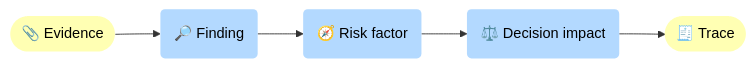
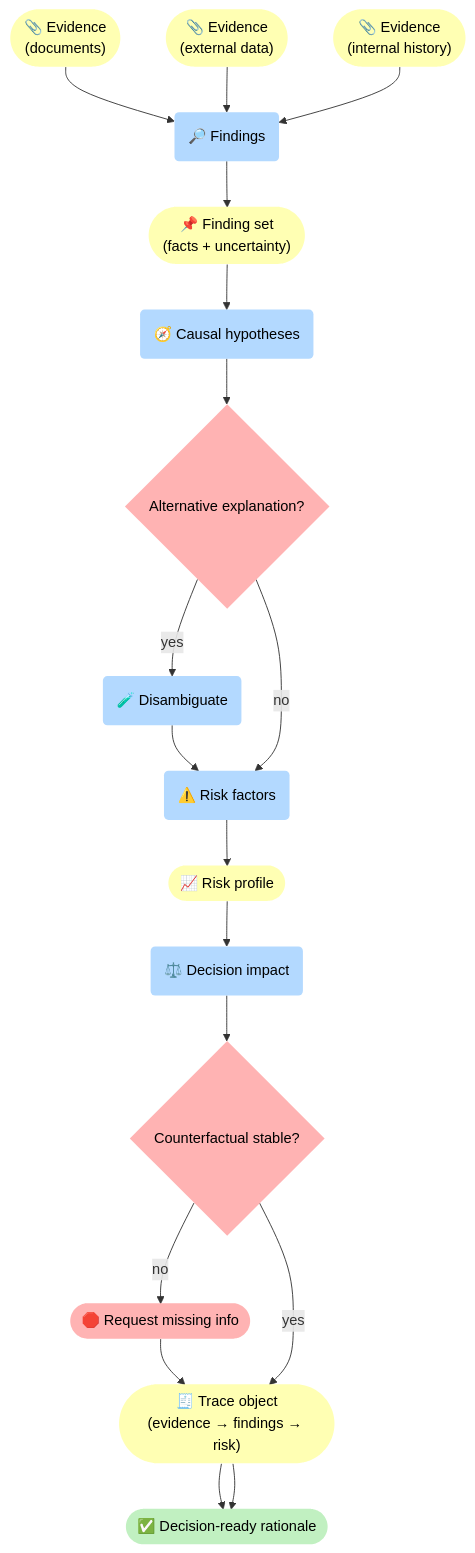
The second of 3 diagrams in docs/case-studies/insurance.md (5Reasons/5reasons.github.io), drawn with Mermaid before and after one commit. The commit also changed other lines of this file and 8 other files, not shown here.

First line of the commit message:
Enhance case studies with detailed flowcharts and explicit gates

````diff
--- a/docs/case-studies/insurance.md
+++ b/docs/case-studies/insurance.md
@@ -96,17 +141,42 @@
 ```mermaid
-flowchart LR
+flowchart TB
 %% Styles (brModel Standard)
 classDef i fill:#D3D3D3,stroke-width:0px,color:#000;
 classDef p fill:#B3D9FF,stroke-width:0px,color:#000;
 classDef r fill:#FFFFB3,stroke-width:0px,color:#000;
 classDef o fill:#C1F0C1,stroke-width:0px,color:#000;
 classDef s fill:#FFB3B3,stroke-width:0px,color:#000;
 
-R_EV(["📎 Evidence"]):::r
-P_F("🔎 Finding"):::p
-P_R("🧭 Risk factor"):::p
+R_EV1(["📎 Evidence<br>(documents)"]):::r
+R_EV2(["📎 Evidence<br>(external data)"]):::r
+R_EV3(["📎 Evidence<br>(internal history)"]):::r
+
+P_F("🔎 Findings"):::p
+R_F(["📌 Finding set<br>(facts + uncertainty)"]):::r
+
+P_C("🧭 Causal hypotheses"):::p
+G_Alt{"Alternative explanation?"}:::s
+P_Dis("🧪 Disambiguate"):::p
+
+P_R("⚠️ Risk factors"):::p
+R_R(["📈 Risk profile"]):::r
+
 P_D("⚖️ Decision impact"):::p
-R_T(["🧾 Trace"]):::r
+G_CF{"Counterfactual stable?"}:::s
+S_Ask(["🛑 Request missing info"]):::s
 
-R_EV --> P_F --> P_R --> P_D --> R_T
+R_T(["🧾 Trace object<br>(evidence → findings → risk)"]):::r
+O_Out(["✅ Decision-ready rationale"]):::o
+
+R_EV1 --> P_F
+R_EV2 --> P_F
+R_EV3 --> P_F
+
+P_F --> R_F --> P_C --> G_Alt
+G_Alt -->|"yes"| P_Dis --> P_R
+G_Alt -->|"no"| P_R
+
+P_R --> R_R --> P_D --> G_CF
+G_CF -->|"no"| S_Ask --> R_T --> O_Out
+G_CF -->|"yes"| R_T --> O_Out
 ```
````
